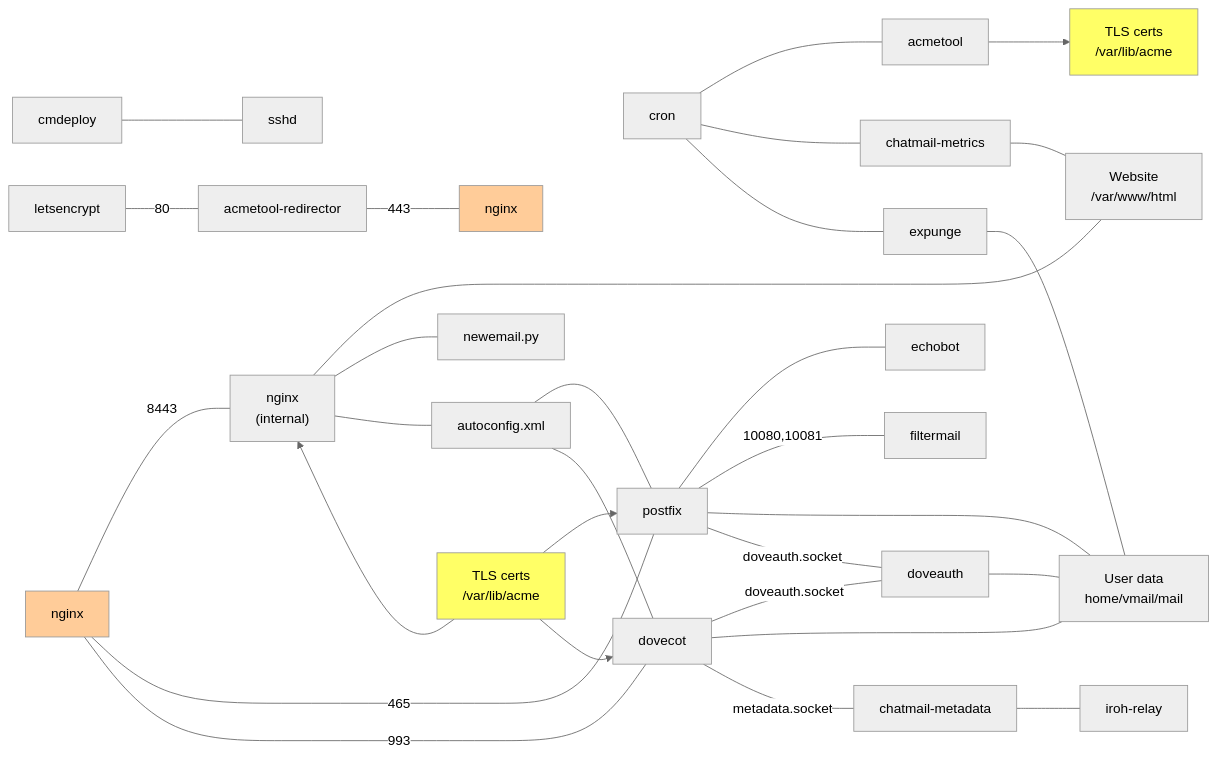
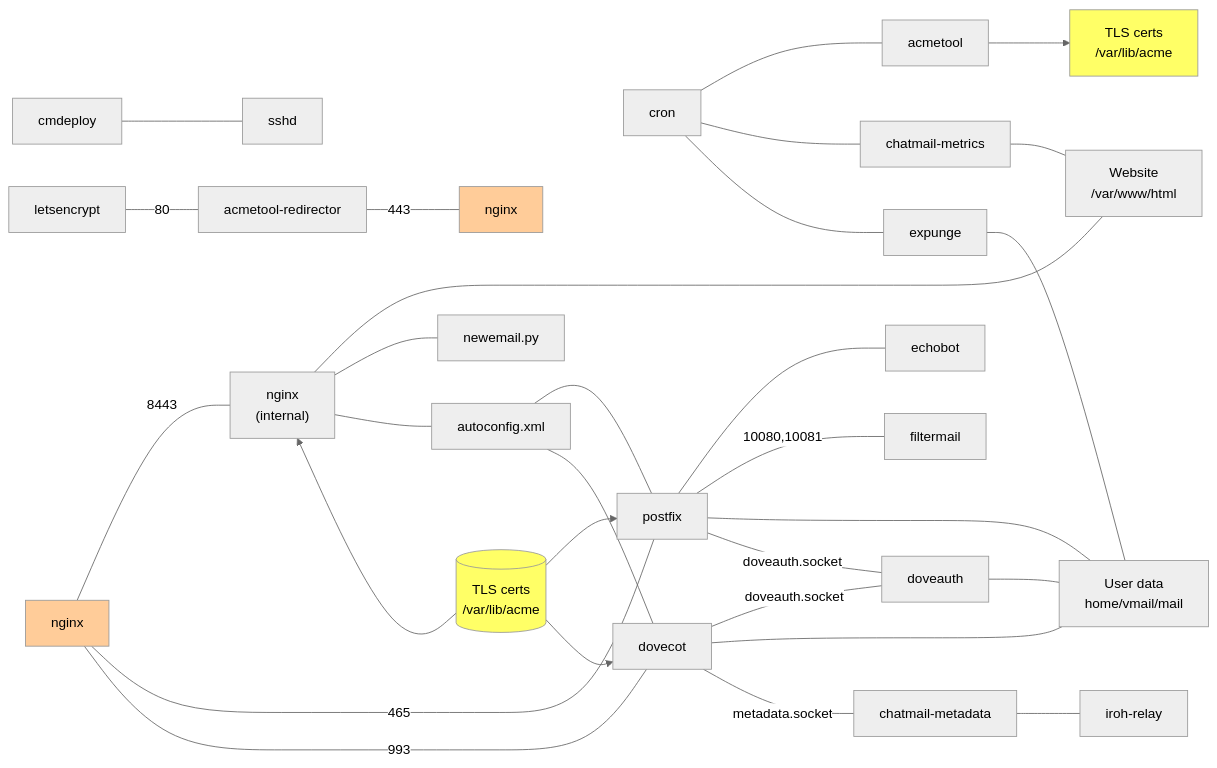
Before and after one commit to cliffmccarthy/chatmail-relay: the diagram in ARCHITECTURE.md, drawn with Mermaid (neutral theme).

Commit message:
certs in a can

````diff
--- a/ARCHITECTURE.md
+++ b/ARCHITECTURE.md
@@ -4,41 +4,41 @@
 ```mermaid
 graph LR;
     cmdeploy --- sshd;
     letsencrypt --- |80|acmetool-redirector;
     acmetool-redirector --- |443|nginx-right[nginx];
     nginx --- |8443|nginx-internal["`nginx
     (internal)`"];
     nginx-internal --- website["`Website
     /var/www/html`"];
     nginx-internal --- newemail.py;
     nginx-internal --- autoconfig.xml;
-    nginx-internal ~~~ certs-nginx["`TLS certs
-    /var/lib/acme`"] --> nginx-internal;
+    nginx-internal ~~~ certs-nginx[("`TLS certs
+    /var/lib/acme`")] --> nginx-internal;
     cron --- acmetool;
     cron --- chatmail-metrics;
     cron --- expunge;
     chatmail-metrics --- website;
     acmetool --> certs["`TLS certs
     /var/lib/acme`"];
     nginx --- |465|postfix;
     nginx --- |993|dovecot;
     autoconfig.xml --- postfix;
     autoconfig.xml --- dovecot;
     postfix --- echobot;
     postfix --- |10080,10081|filtermail;
     postfix --- users["`User data
     home/vmail/mail`"];
     postfix --- |doveauth.socket|doveauth;
     dovecot --- |doveauth.socket|doveauth;
     dovecot --- users;
     dovecot --- |metadata.socket|chatmail-metadata;
     doveauth --- users;
     expunge --- users;
     chatmail-metadata --- iroh-relay;
     certs-nginx --> postfix;
     certs-nginx --> dovecot;
     style certs fill:#ff6;
     style certs-nginx fill:#ff6;
     style nginx fill:#fc9;
     style nginx-right fill:#fc9;
 ```
````
